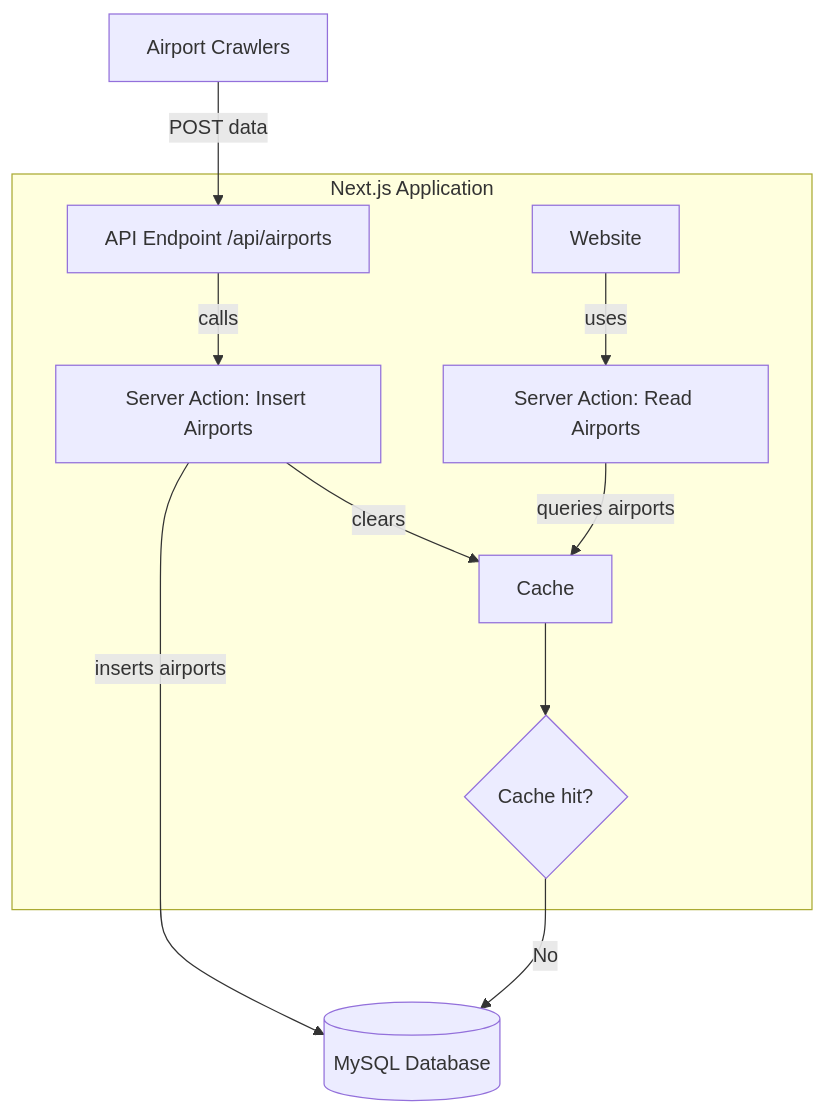
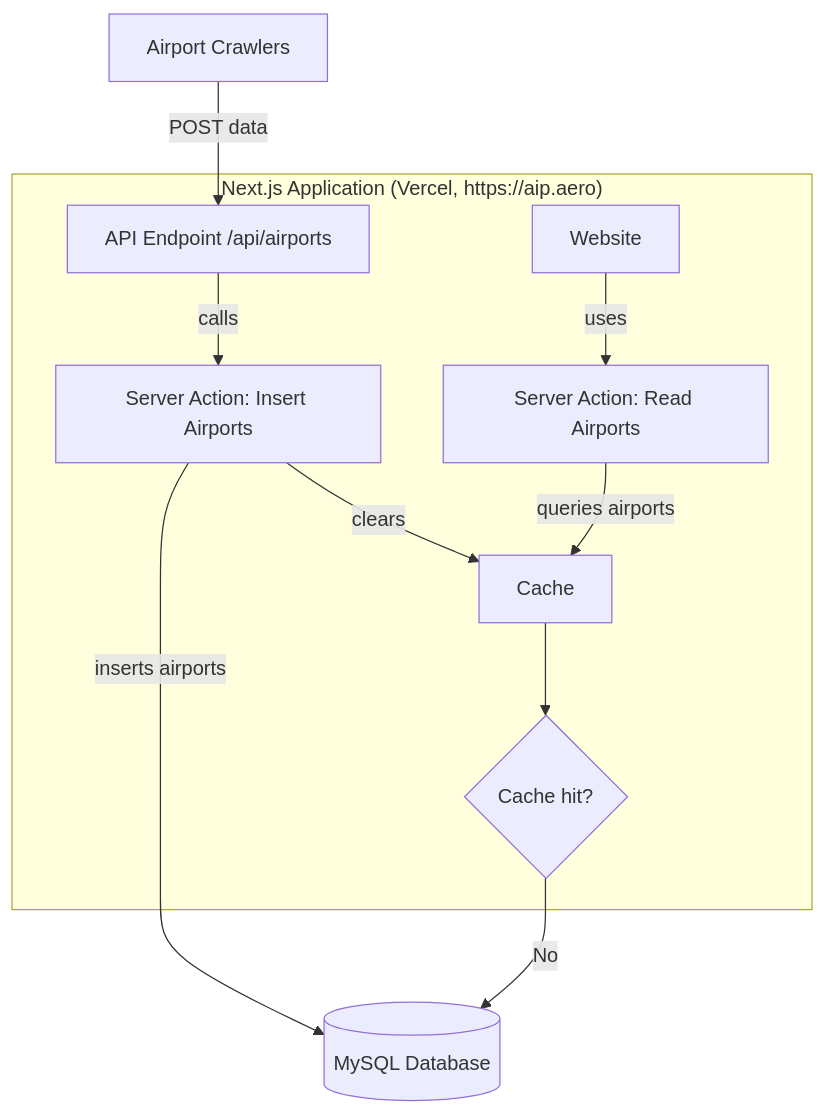
Before and after one commit to alexanderdross/AipAero: the diagram in crawlers/README.md, drawn with Mermaid. The commit also changed other lines of this file and 2 other files, not shown here.

Commit message:
Document Vercel migration and add CLAUDE.md
Updates the root README to reflect that https://aip.aero now targets
Vercel instead of the netcup root server, and adds a CLAUDE.md with
project context, hosting notes, conventions, and common commands.

````diff
--- a/crawlers/README.md
+++ b/crawlers/README.md
@@ -49,19 +49,19 @@
 ```mermaid
 flowchart TD
- subgraph subGraph0["Next.js Application"]
+ subgraph subGraph0["Next.js Application (Vercel, https://aip.aero)"]
         API["API Endpoint /api/airports"]
         Website["Website"]
         InsertAction["Server Action: Insert Airports"]
         ReadAction["Server Action: Read Airports"]
         Cache["Cache"]
         IsHit{"Cache hit?"}
   end
     Crawlers["Airport Crawlers"] -- POST data --> API
     API -- calls --> InsertAction
     InsertAction -- inserts airports --> MySQL[("MySQL Database")]
     InsertAction -- clears --> Cache
     Website -- uses --> ReadAction
     ReadAction -- queries airports --> Cache
     Cache --> IsHit
     IsHit -- No --> MySQL
 ```
````
